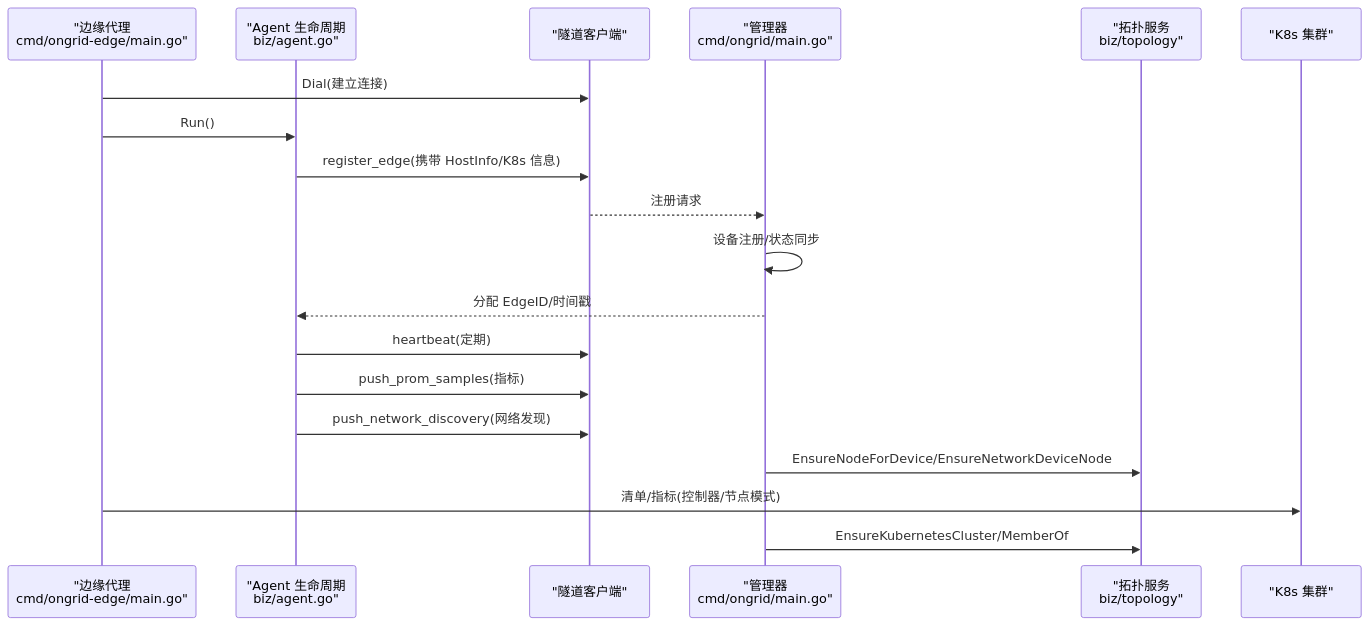
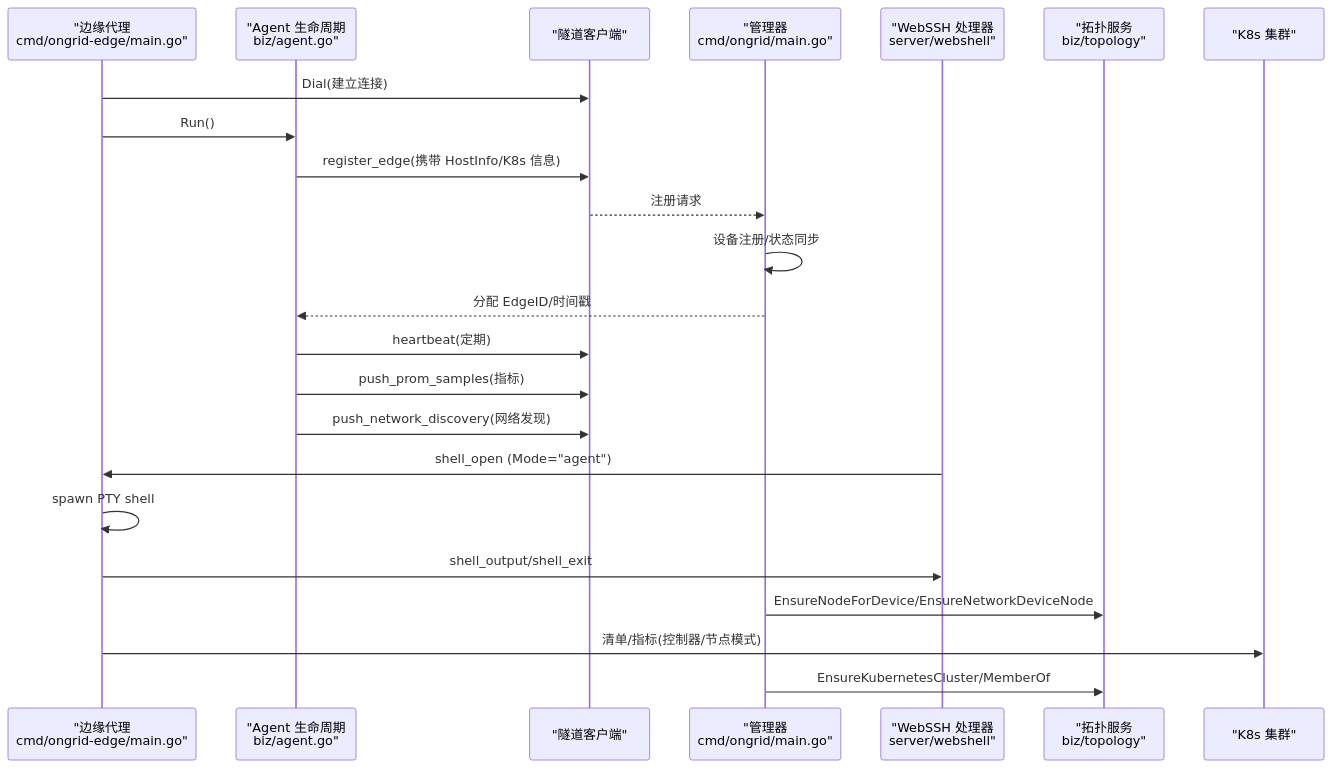
The second of 9 diagrams in .qoder/repowiki/zh/content/设备管理/设备管理.md (xied1133-oss/ongrid), drawn with Mermaid before and after one commit. The commit also changed other lines of this file and 131 other files, not shown here.

````diff
--- a/.qoder/repowiki/zh/content/设备管理/设备管理.md
+++ b/.qoder/repowiki/zh/content/设备管理/设备管理.md
@@ -97,21 +122,25 @@
 ```mermaid
 sequenceDiagram
 participant Edge as "边缘代理<br/>cmd/ongrid-edge/main.go"
 participant Agent as "Agent 生命周期<br/>biz/agent.go"
 participant Tunnel as "隧道客户端"
 participant Manager as "管理器<br/>cmd/ongrid/main.go"
+participant WS as "WebSSH 处理器<br/>server/webshell"
 participant Topo as "拓扑服务<br/>biz/topology"
 participant K8s as "K8s 集群"
 Edge->>Tunnel : Dial(建立连接)
 Edge->>Agent : Run()
 Agent->>Tunnel : register_edge(携带 HostInfo/K8s 信息)
 Tunnel-->>Manager : 注册请求
 Manager->>Manager : 设备注册/状态同步
 Manager-->>Agent : 分配 EdgeID/时间戳
 Agent->>Tunnel : heartbeat(定期)
 Agent->>Tunnel : push_prom_samples(指标)
 Agent->>Tunnel : push_network_discovery(网络发现)
+WS->>Edge : shell_open (Mode="agent")
+Edge->>Edge : spawn PTY shell
+Edge->>WS : shell_output/shell_exit
 Manager->>Topo : EnsureNodeForDevice/EnsureNetworkDeviceNode
 Edge->>K8s : 清单/指标(控制器/节点模式)
 Manager->>Topo : EnsureKubernetesCluster/MemberOf
 ```
````
